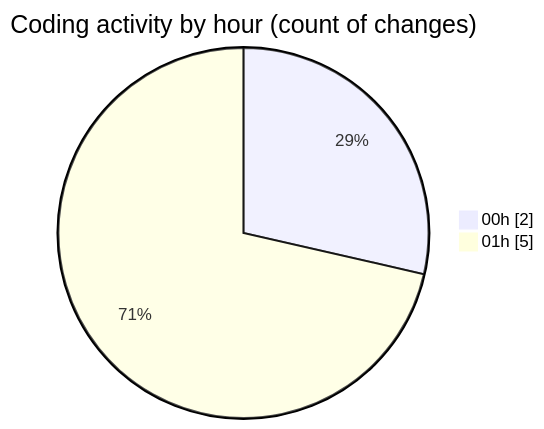
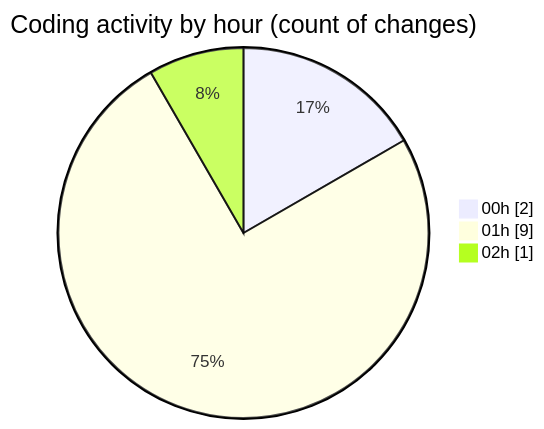
One commit to julien-gomy/code-tracking changed the second of 2 diagrams in 2025-10-17/cdp_aleoudev_fr__workspace_/README.md. Above: the diagram before and after it, drawn with Mermaid. The commit also changed other lines of this file and 1 other file, not shown here.

````diff
--- a/2025-10-17/cdp_aleoudev_fr__workspace_/README.md
+++ b/2025-10-17/cdp_aleoudev_fr__workspace_/README.md
@@ -30,6 +32,7 @@
 ```mermaid
 pie showData
 title Coding activity by hour (count of changes)
 "00h" : 2
-"01h" : 5
+"01h" : 9
+"02h" : 1
 ```
````
